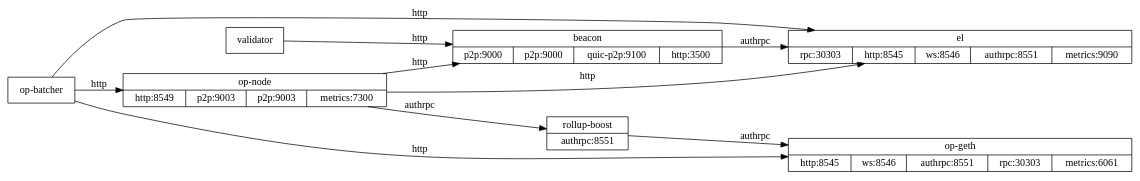
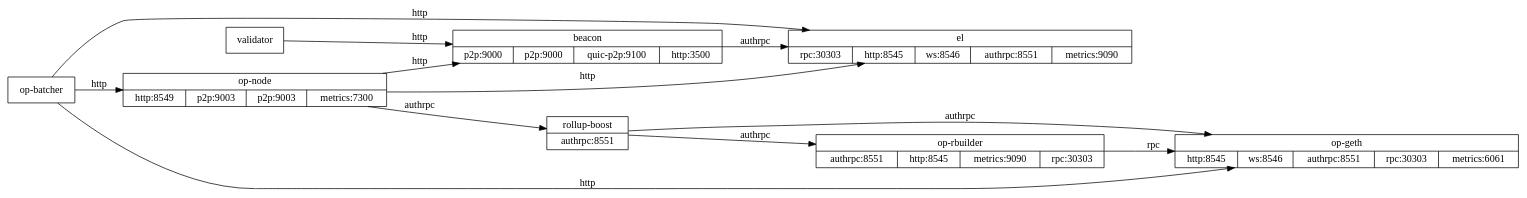
One commit to cbarbieru/l2-censorship-mitigation-lab changed the diagram in storage/graph.dot. Above: the diagram before and after it, drawn with Graphviz. The commit also changed 215 other files, not shown here.

```diff
--- a/storage/graph.dot
+++ b/storage/graph.dot
@@ -1,22 +1,25 @@
 digraph G {
   rankdir=LR;
   node [shape=record];
 
   el [label="el|{rpc:30303|http:8545|ws:8546|authrpc:8551|metrics:9090}"];
   beacon [label="beacon|{p2p:9000|p2p:9000|quic-p2p:9100|http:3500}"];
   validator [label="validator"];
   op_geth [label="op-geth|{http:8545|ws:8546|authrpc:8551|rpc:30303|metrics:6061}"];
+  op_rbuilder [label="op-rbuilder|{authrpc:8551|http:8545|metrics:9090|rpc:30303}"];
   rollup_boost [label="rollup-boost|{authrpc:8551}"];
   op_node [label="op-node|{http:8549|p2p:9003|p2p:9003|metrics:7300}"];
   op_batcher [label="op-batcher"];
 
   beacon -> el [label="authrpc"];
   validator -> beacon [label="http"];
+  op_rbuilder -> op_geth [label="rpc"];
   rollup_boost -> op_geth [label="authrpc"];
+  rollup_boost -> op_rbuilder [label="authrpc"];
   op_node -> el [label="http"];
   op_node -> beacon [label="http"];
   op_node -> rollup_boost [label="authrpc"];
   op_batcher -> el [label="http"];
   op_batcher -> op_geth [label="http"];
   op_batcher -> op_node [label="http"];
 }
```
